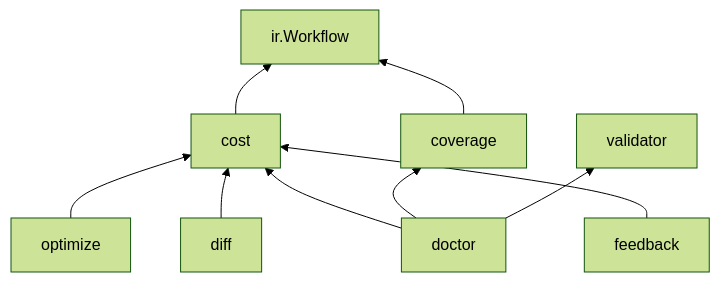
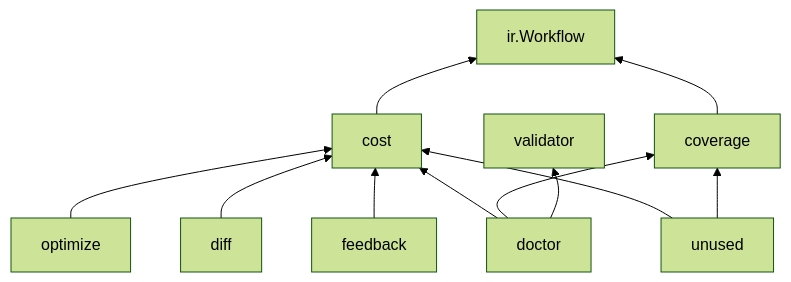
One commit to 2389-research/dippin-lang changed the third of 3 diagrams in docs/architecture.md. Above: the diagram before and after it, drawn with Mermaid (forest theme). The commit also changed other lines of this file and 7 other files, not shown here.

````diff
--- a/docs/architecture.md
+++ b/docs/architecture.md
@@ -496,12 +498,14 @@
 ```mermaid
 graph BT
     ir["ir.Workflow"]
     cost["cost"] --> ir
     coverage["coverage"] --> ir
     doctor["doctor"] --> cost
     doctor --> coverage
     doctor --> validator["validator"]
     optimize["optimize"] --> cost
     diff["diff"] --> cost
     feedback["feedback"] --> cost
+    unused["unused"] --> cost
+    unused --> coverage
 ```
````
